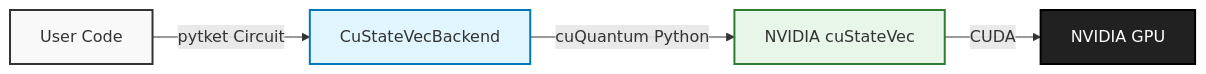
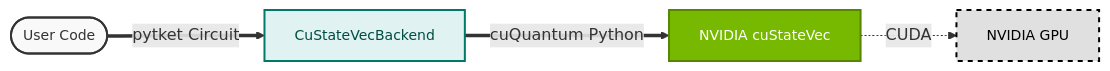
Before and after one commit to CQCL/pytket-custatevec: the diagram in docs/index.md, drawn with Mermaid. The commit also changed other lines of this file and 4 other files, not shown here.

````diff
--- a/docs/index.md
+++ b/docs/index.md
@@ -40,11 +66,34 @@
 ```mermaid
-graph LR
-    User[User Code] -->|pytket Circuit| Backend[CuStateVecBackend]
-    Backend -->|cuQuantum Python| SDK[NVIDIA cuStateVec]
-    SDK -->|CUDA| GPU[NVIDIA GPU]
+flowchart LR
+    %% Node Definitions
+    User([User Code])
+    Backend[CuStateVecBackend]
+    SDK[NVIDIA cuStateVec]
+    GPU[NVIDIA GPU]
+
+    %% Connections
+    User == pytket Circuit ==> Backend
+    Backend == cuQuantum Python ==> SDK
+    SDK -.-> |CUDA| GPU
+
+    %% Styling Classes
+    classDef default stroke-width:2px,font-size:14px;
     
-    style User fill:#f9f9f9,stroke:#333,stroke-width:2px
-    style Backend fill:#e1f5fe,stroke:#0277bd,stroke-width:2px
-    style SDK fill:#e8f5e9,stroke:#2e7d32,stroke-width:2px
-    style GPU fill:#212121,stroke:#000,stroke-width:2px,color:#fff
+    %% User Style
+    classDef user fill:#f9f9f9,stroke:#333,color:#333;
+    
+    %% Pytket Backend Style (Teal Border)
+    classDef pytket fill:#e0f2f1,stroke:#00796b,stroke-width:2px,color:#004d40;
+    
+    %% NVIDIA SDK Style (NVIDIA Green)
+    classDef nvidia fill:#76b900,stroke:#558600,stroke-width:2px,color:#fff;
+    
+    %% Hardware Style (Silver Metal - Readable)
+    classDef hardware fill:#e0e0e0,stroke:#000,stroke-width:2px,color:#000,stroke-dasharray: 5 5;
+
+    %% Apply Styles
+    class User user;
+    class Backend pytket;
+    class SDK nvidia;
+    class GPU hardware;
 ```
````
